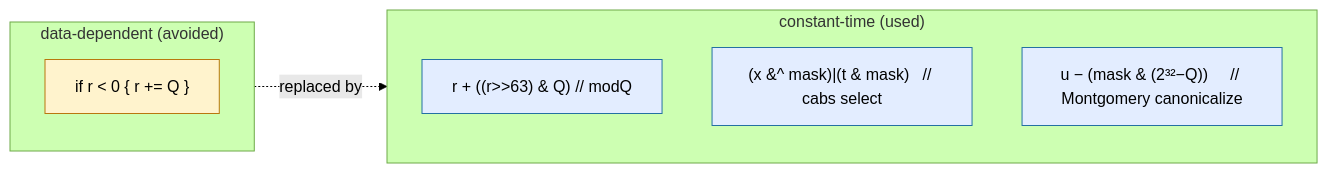
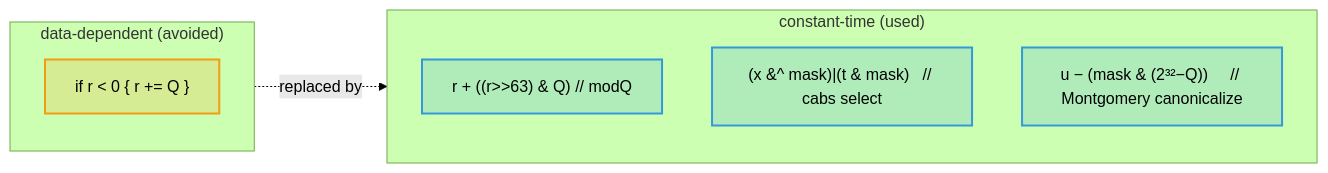
One commit to pq-cybarg/ml-adsa-site changed diagram 14 of 17 in docs/reference/41-visual-methods-and-security.md. Above: the diagram before and after it, drawn with Mermaid (forest theme). The commit also changed other lines of this file, not shown here.

First line of the commit message:
docs(41): theme-adaptive Mermaid colors + 2x2 legend grid

````diff
--- a/docs/reference/41-visual-methods-and-security.md
+++ b/docs/reference/41-visual-methods-and-security.md
@@ -469,14 +474,14 @@
 ```mermaid
 flowchart LR
   subgraph BAD["data-dependent (avoided)"]
     b1["if r < 0 { r += Q }"]:::danger
   end
   subgraph GOOD["constant-time (used)"]
     g1["r + ((r>>63) & Q)        // modQ"]:::derived
     g2["(x &^ mask)|(t & mask)   // cabs select"]:::derived
     g3["u − (mask & (2³²−Q))     // Montgomery canonicalize"]:::derived
   end
   BAD -. "replaced by" .-> GOOD
-  classDef danger fill:#fff3cd,stroke:#b9770e,color:#000;
-  classDef derived fill:#e3edff,stroke:#2471a3,color:#000;
+  classDef danger fill:#f39c1230,stroke:#f39c12,stroke-width:2px;
+  classDef derived fill:#3498db30,stroke:#3498db,stroke-width:2px;
 ```
````
